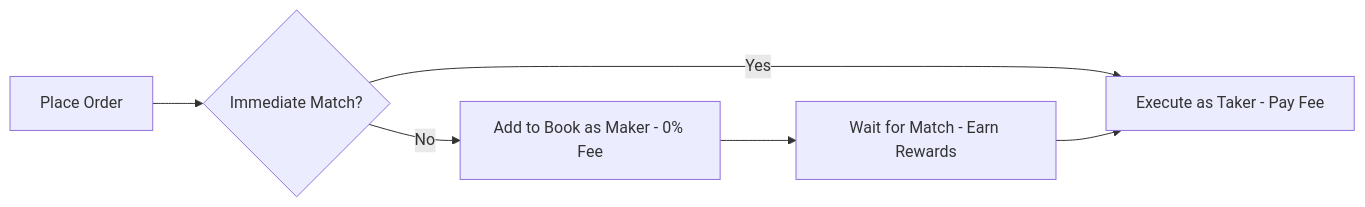
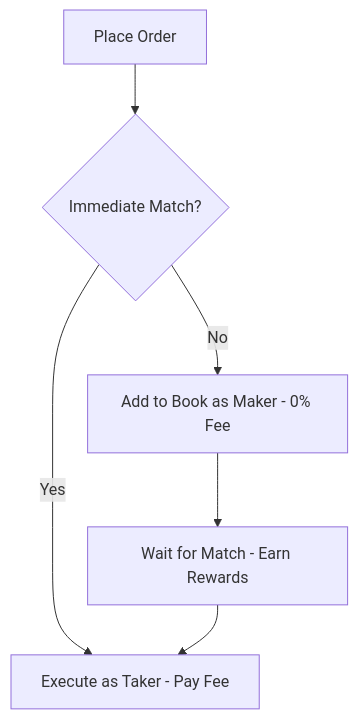
One commit to intodotspace/docs changed the diagram in dev/architecture/clob-and-order-matching.mdx. Above: the diagram before and after it, drawn with Mermaid. The commit also changed 2 other files, not shown here.

Commit message:
Documentation edits made through Mintlify web editor

````diff
--- a/dev/architecture/clob-and-order-matching.mdx
+++ b/dev/architecture/clob-and-order-matching.mdx
@@ -10,8 +10,8 @@
 ```mermaid
-graph LR
+graph TB
     A[Place Order] --> B{Immediate Match?}
     B -->|Yes| C[Execute as Taker - Pay Fee]
     B -->|No| D[Add to Book as Maker - 0% Fee]
     D --> E[Wait for Match - Earn Rewards]
     E --> C
 ```
````
